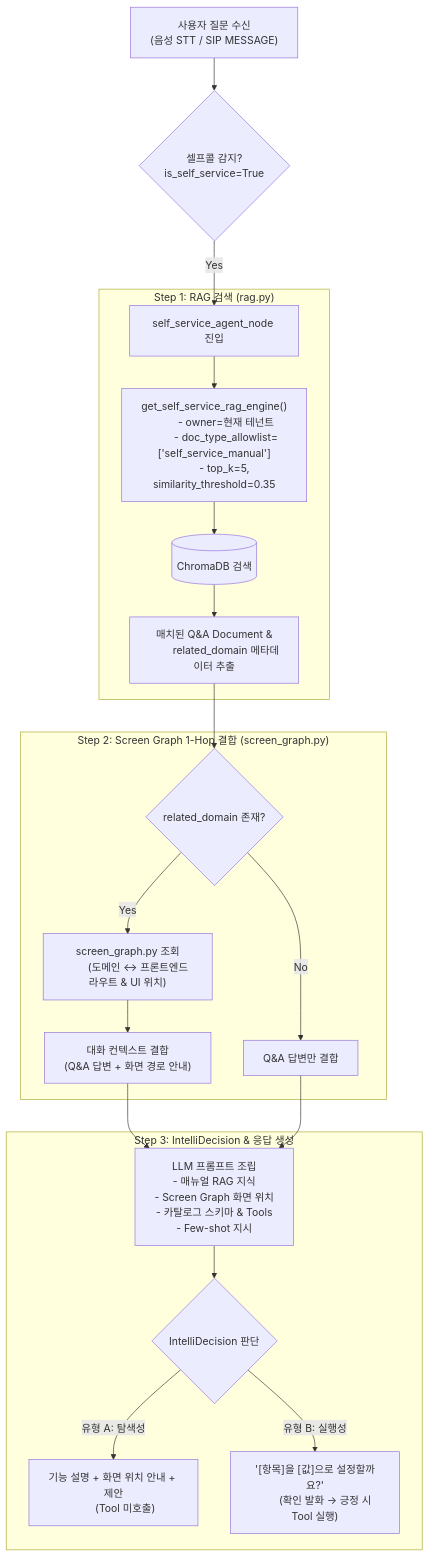
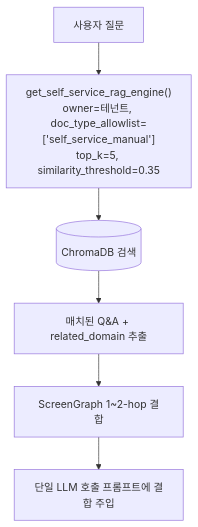
Before and after one commit to hak023/sip_pbx: the seventh of 7 diagrams in docs/presentation/self-service-ai-assistant-introduction.md, drawn with Mermaid. The commit also changed other lines of this file, not shown here.

Commit message:
docs: rewrite self-service AI assistant introduction (exec summary, ideation, IntelliDecision/ScreenGraph/RAG detail, voice latency & turn-taking track)

````diff
--- a/docs/presentation/self-service-ai-assistant-introduction.md
+++ b/docs/presentation/self-service-ai-assistant-introduction.md
@@ -765,40 +558,8 @@
 ```mermaid
 flowchart TD
-    UserQuery["사용자 질문 수신
-    (음성 STT / SIP MESSAGE)"] --> Detect{"셀프콜 감지?
-    is_self_service=True"}
-    
-    Detect -->|Yes| SSA["self_service_agent_node 진입"]
-    
-    subgraph RAGStep["Step 1: RAG 검색 (rag.py)"]
-        SSA --> RAGSearch["get_self_service_rag_engine()
-        - owner=현재 테넌트
-        - doc_type_allowlist=['self_service_manual']
-        - top_k=5, similarity_threshold=0.35"]
-        RAGSearch --> ChromaFetch[("ChromaDB 검색")]
-        ChromaFetch --> MatchQA["매치된 Q&A Document &
-        related_domain 메타데이터 추출"]
-    end
-
-    subgraph ScreenGraphStep["Step 2: Screen Graph 1-Hop 결합 (screen_graph.py)"]
-        MatchQA --> DomainCheck{"related_domain 존재?"}
-        DomainCheck -->|Yes| SGLookup["screen_graph.py 조회
-        (도메인 ↔ 프론트엔드 라우트 & UI 위치)"]
-        SGLookup --> MergeContext["대화 컨텍스트 결합
-        (Q&A 답변 + 화면 경로 안내)"]
-        DomainCheck -->|No| PlainContext["Q&A 답변만 결합"]
-    end
-
-    subgraph LLMStep["Step 3: IntelliDecision & 응답 생성"]
-        MergeContext & PlainContext --> LLMPrompt["LLM 프롬프트 조립
-        - 매뉴얼 RAG 지식
-        - Screen Graph 화면 위치
-        - 카탈로그 스키마 & Tools
-        - Few-shot 지시"]
-        LLMPrompt --> IntelliDec{"IntelliDecision 판단"}
-        IntelliDec -->|유형 A: 탐색성| AnsA["기능 설명 + 화면 위치 안내 + 제안
-        (Tool 미호출)"]
-        IntelliDec -->|유형 B: 실행성| AnsB["'[항목]을 [값]으로 설정할까요?'
-        (확인 발화 → 긍정 시 Tool 실행)"]
-    end
+    UserQuery["사용자 질문"] --> RAGSearch["get_self_service_rag_engine()<br/>owner=테넌트, doc_type_allowlist=['self_service_manual']<br/>top_k=5, similarity_threshold=0.35"]
+    RAGSearch --> ChromaFetch[("ChromaDB 검색")]
+    ChromaFetch --> MatchQA["매치된 Q&A + related_domain 추출"]
+    MatchQA --> ScreenGraphMerge["ScreenGraph 1~2-hop 결합"]
+    ScreenGraphMerge --> LLMPrompt["단일 LLM 호출 프롬프트에 결합 주입"]
 ```
````
